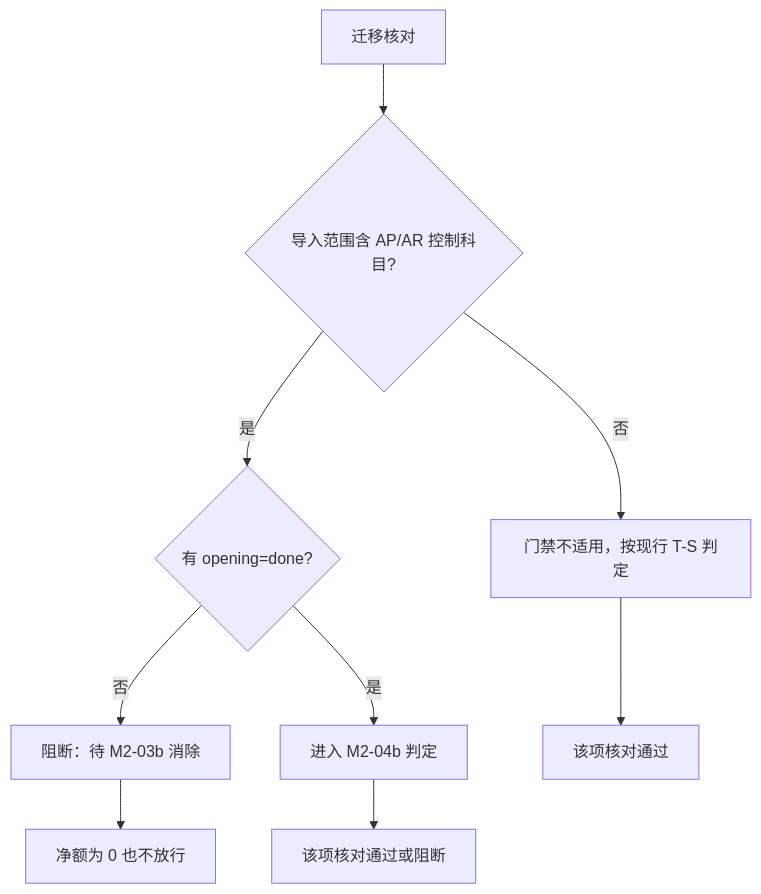
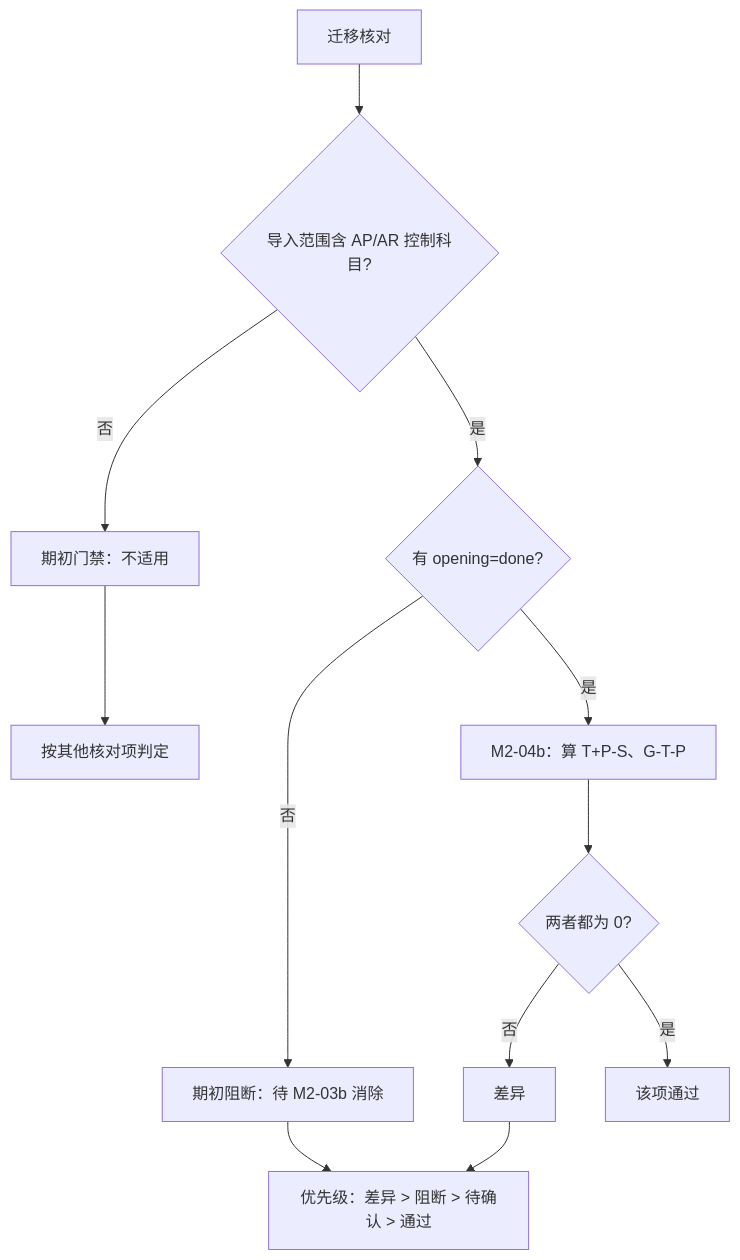
The seventh of 7 diagrams in docs/flows/trade-flow.md (lingshf/ai-native-erp), drawn with Mermaid before and after one commit. The commit also changed other lines of this file, not shown here.

Commit message:
docs: separate difference vs opening-block in D26 gate per #58 re-review

````diff
--- a/docs/flows/trade-flow.md
+++ b/docs/flows/trade-flow.md
@@ -113,11 +113,14 @@
 ```mermaid
 flowchart TD
   A["迁移核对"] --> B{"导入范围含 AP/AR 控制科目?"}
-  B -- 否 --> C["门禁不适用，按现行 T-S 判定"]
+  B -- 否 --> C["期初门禁：不适用"]
   B -- 是 --> D{"有 opening=done?"}
-  D -- 否 --> E["阻断：待 M2-03b 消除"]
-  D -- 是 --> F["进入 M2-04b 判定"]
-  E --> G["净额为 0 也不放行"]
-  C --> H["该项核对通过"]
-  F --> I["该项核对通过或阻断"]
+  D -- 否 --> E["期初阻断：待 M2-03b 消除"]
+  D -- 是 --> F["M2-04b：算 T+P-S、G-T-P"]
+  F --> G{"两者都为 0?"}
+  G -- 否 --> H["差异"]
+  G -- 是 --> I["该项通过"]
+  C --> J["按其他核对项判定"]
+  H --> K["优先级：差异 > 阻断 > 待确认 > 通过"]
+  E --> K
 ```
````
